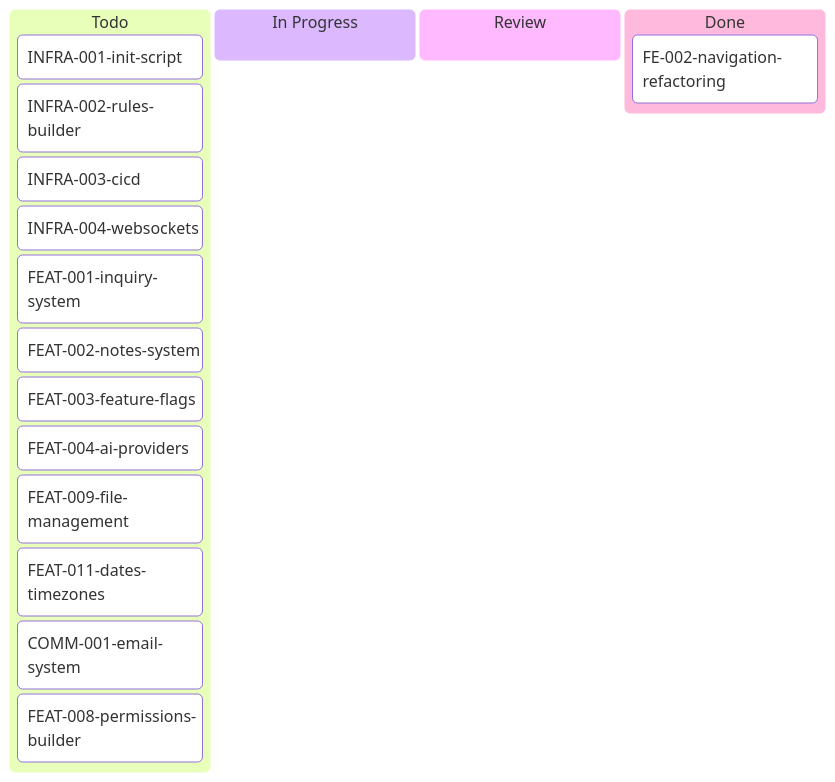
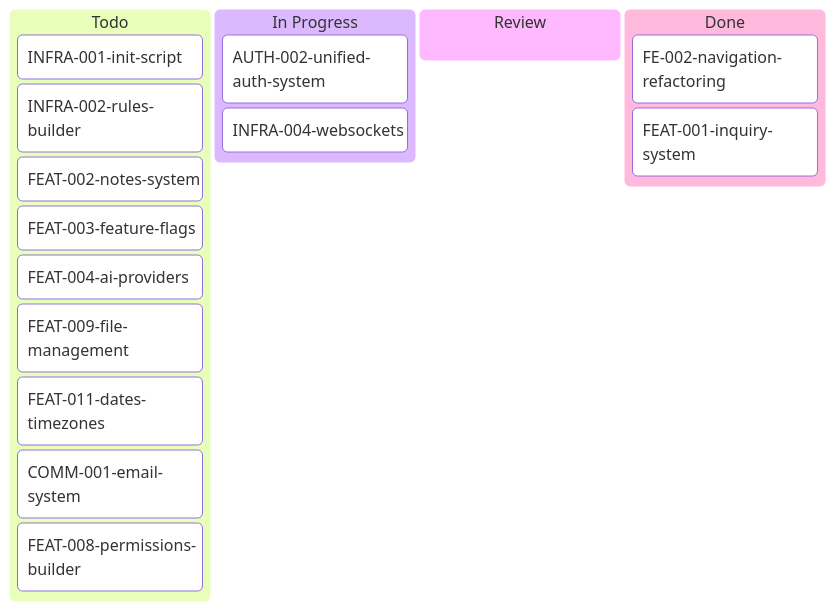
The diagram in tickets/kanban-aron.md (inixiative/template), drawn with Mermaid before and after one commit. The commit also changed other lines of this file and 6 other files, not shown here.

````diff
--- a/tickets/kanban-aron.md
+++ b/tickets/kanban-aron.md
@@ -3,25 +3,25 @@
 ```mermaid
 ---
 config:
   kanban:
     ticketBaseUrl: 'https://github.com/yourorg/template/blob/main/tickets/#TICKET#'
 ---
 kanban
   Todo
     INFRA-001-init-script
     INFRA-002-rules-builder
-    INFRA-003-cicd
-    INFRA-004-websockets
-    FEAT-001-inquiry-system
     FEAT-002-notes-system
     FEAT-003-feature-flags
     FEAT-004-ai-providers
     FEAT-009-file-management
     FEAT-011-dates-timezones
     COMM-001-email-system
     FEAT-008-permissions-builder
   In Progress
+    AUTH-002-unified-auth-system
+    INFRA-004-websockets
   Review
   Done
     FE-002-navigation-refactoring
+    FEAT-001-inquiry-system
 ```
````
